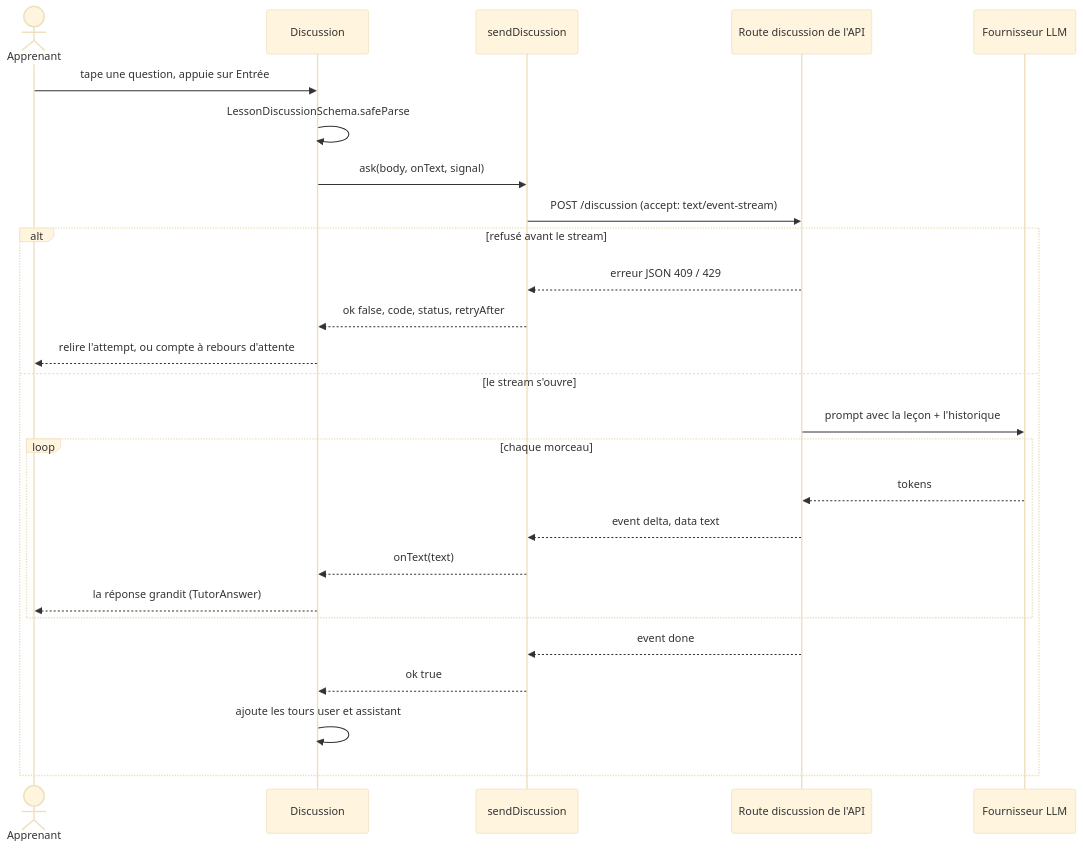
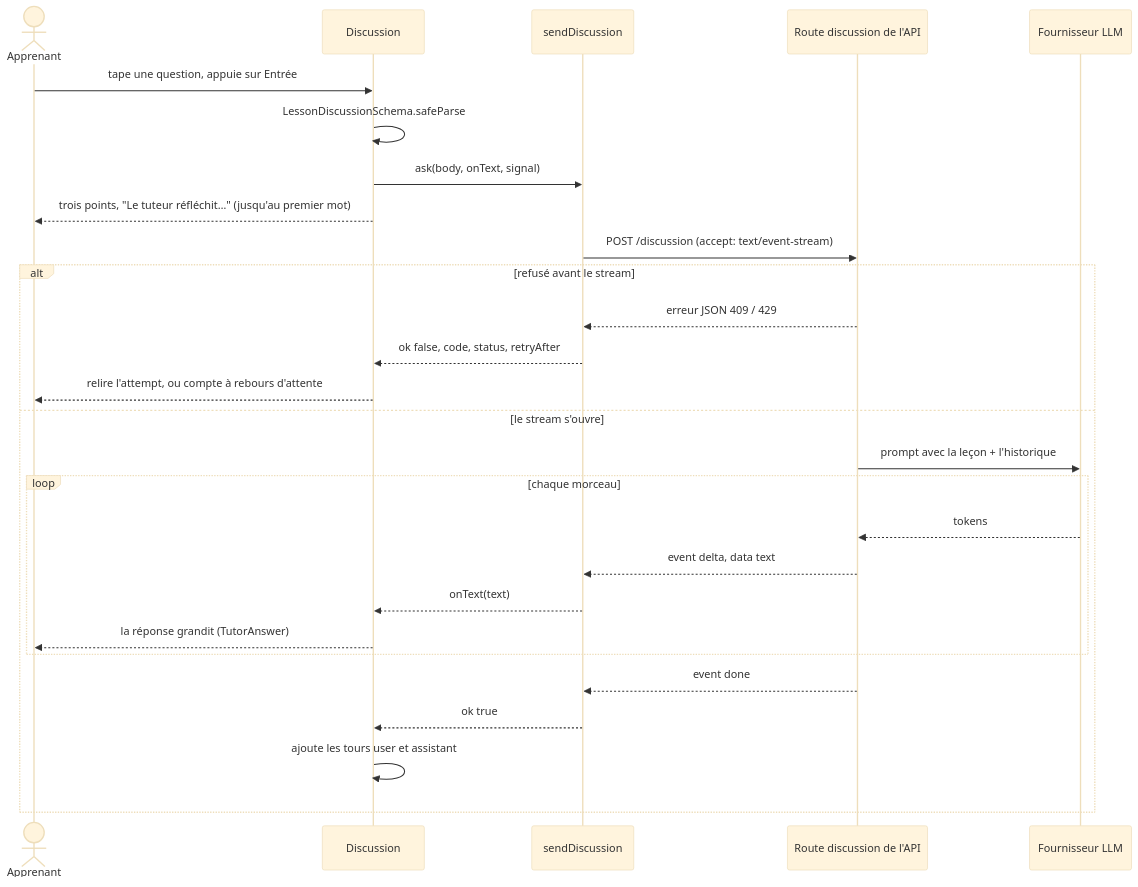
Before and after one commit to VictorBro/ft_transcendence: the fourth of 4 diagrams in docs-fr/web/07-lesson-player.md, drawn with Mermaid (base theme). The commit also changed other lines of this file and 223 other files, not shown here.

````diff
--- a/docs-fr/web/07-lesson-player.md
+++ b/docs-fr/web/07-lesson-player.md
@@ -1143,28 +1156,29 @@
 ```mermaid
 sequenceDiagram
   actor L as Apprenant
   participant D as Discussion
   participant C as sendDiscussion
   participant API as Route discussion de l'API
   participant LLM as Fournisseur LLM
   L->>D: tape une question, appuie sur Entrée
   D->>D: LessonDiscussionSchema.safeParse
   D->>C: ask(body, onText, signal)
+  D-->>L: trois points, "Le tuteur réfléchit…" (jusqu'au premier mot)
   C->>API: POST /discussion (accept: text/event-stream)
   alt refusé avant le stream
     API-->>C: erreur JSON 409 / 429
     C-->>D: ok false, code, status, retryAfter
     D-->>L: relire l'attempt, ou compte à rebours d'attente
   else le stream s'ouvre
     API->>LLM: prompt avec la leçon + l'historique
     loop chaque morceau
       LLM-->>API: tokens
       API-->>C: event delta, data text
       C-->>D: onText(text)
       D-->>L: la réponse grandit (TutorAnswer)
     end
     API-->>C: event done
     C-->>D: ok true
     D->>D: ajoute les tours user et assistant
   end
 ```
````
